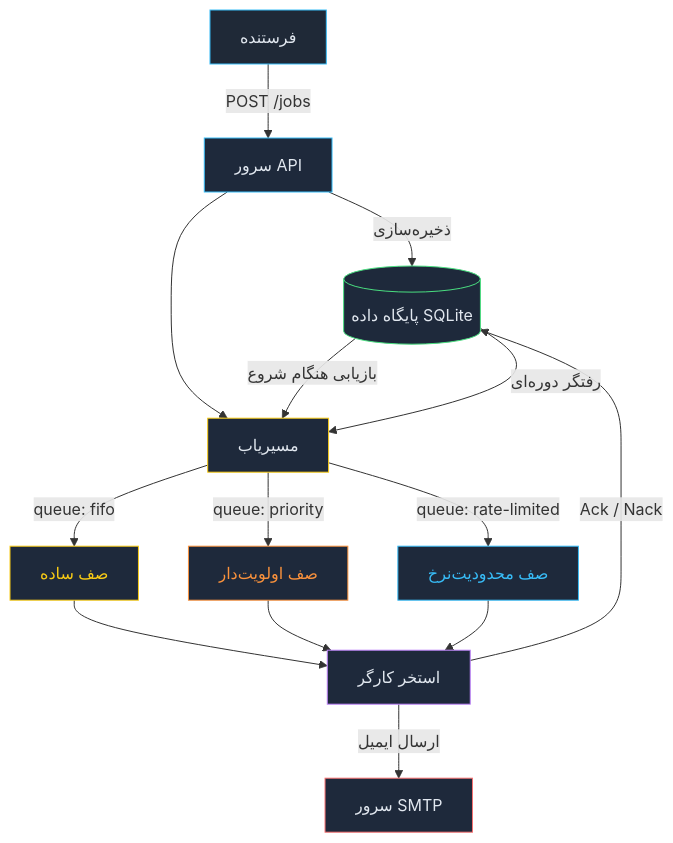
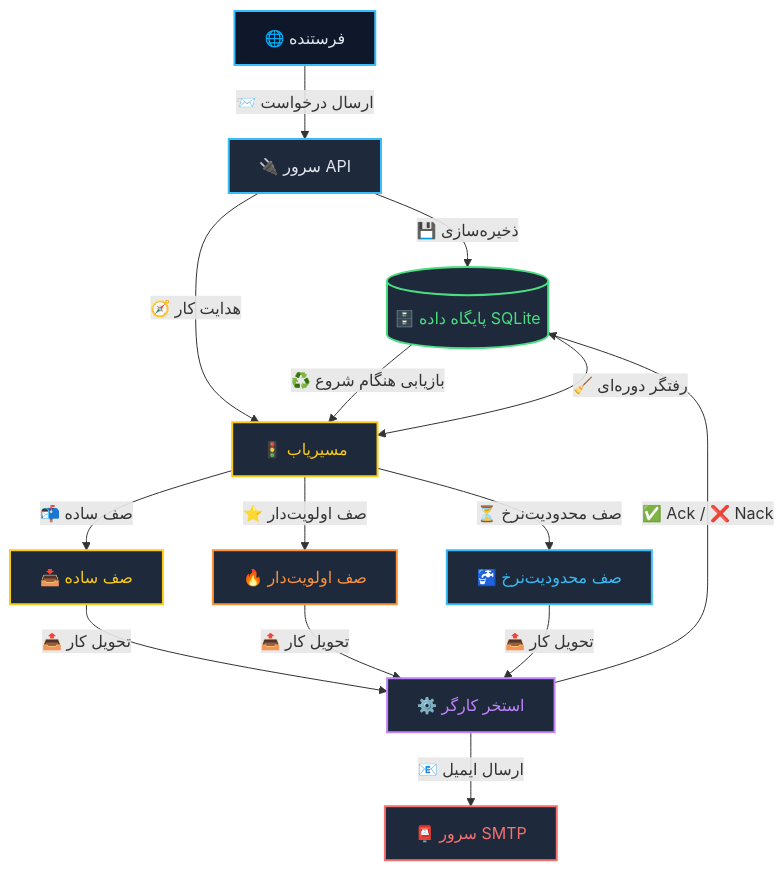
Before and after one commit to Behehap/RJQ: the diagram in DOCS.md, drawn with Mermaid. The commit also changed other lines of this file, not shown here.

````diff
--- a/DOCS.md
+++ b/DOCS.md
@@ -45,30 +30,31 @@
 ```mermaid
 graph TD
-    Client["فرستنده"] -->|POST /jobs| API["سرور API"]
-    API -->|ذخیره‌سازی| DB[("پایگاه داده SQLite")]
-    API --> Router["مسیریاب"]
+    Client["🌐 فرستنده"] -->|"📨 ارسال درخواست"| API["🔌 سرور API"]
 
-    Router -->|"queue: fifo"| FIFO["صف ساده"]
-    Router -->|"queue: priority"| Priority["صف اولویت‌دار"]
-    Router -->|"queue: rate-limited"| RateLimited["صف محدودیت‌نرخ"]
+    API -->|"💾 ذخیره‌سازی"| DB[("🗄️ پایگاه داده SQLite")]
+    API -->|"🧭 هدایت کار"| Router["🚦 مسیریاب"]
 
-    FIFO --> Pool["استخر کارگر"]
-    Priority --> Pool
-    RateLimited --> Pool
+    Router -->|"📬 صف ساده"| FIFO["📥 صف ساده"]
+    Router -->|"⭐ صف اولویت‌دار"| Priority["🔥 صف اولویت‌دار"]
+    Router -->|"⏳ صف محدودیت‌نرخ"| RateLimited["🚰 صف محدودیت‌نرخ"]
 
-    Pool -->|Ack / Nack| DB
-    Pool -->|ارسال ایمیل| SMTP["سرور SMTP"]
+    FIFO -->|"📤 تحویل کار"| Pool["⚙️ استخر کارگر"]
+    Priority -->|"📤 تحویل کار"| Pool
+    RateLimited -->|"📤 تحویل کار"| Pool
 
-    DB -->|بازیابی هنگام شروع| Router
-    DB -->|رفتگر دوره‌ای| Router
+    Pool -->|"✅ Ack / ❌ Nack"| DB
+    Pool -->|"📧 ارسال ایمیل"| SMTP["📮 سرور SMTP"]
 
-    style Client fill:#1f2937,stroke:#38bdf8,color:#e2e8f0
-    style API fill:#1e293b,stroke:#38bdf8,color:#e2e8f0
-    style Router fill:#1e293b,stroke:#facc15,color:#e2e8f0
-    style DB fill:#1e293b,stroke:#4ade80,color:#e2e8f0
-    style FIFO fill:#1e293b,stroke:#facc15,color:#facc15
-    style Priority fill:#1e293b,stroke:#fb923c,color:#fb923c
-    style RateLimited fill:#1e293b,stroke:#38bdf8,color:#38bdf8
-    style Pool fill:#1e293b,stroke:#c084fc,color:#e2e8f0
-    style SMTP fill:#1e293b,stroke:#f87171,color:#e2e8f0
+    DB -->|"♻️ بازیابی هنگام شروع"| Router
+    DB -->|"🧹 رفتگر دوره‌ای"| Router
+
+    style Client fill:#0f172a,stroke:#38bdf8,stroke-width:2px,color:#e2e8f0
+    style API fill:#1e293b,stroke:#38bdf8,stroke-width:2px,color:#e2e8f0
+    style Router fill:#1e293b,stroke:#facc15,stroke-width:2px,color:#facc15
+    style DB fill:#1e293b,stroke:#4ade80,stroke-width:2px,color:#4ade80
+    style FIFO fill:#1e293b,stroke:#facc15,stroke-width:2px,color:#facc15
+    style Priority fill:#1e293b,stroke:#fb923c,stroke-width:2px,color:#fb923c
+    style RateLimited fill:#1e293b,stroke:#38bdf8,stroke-width:2px,color:#38bdf8
+    style Pool fill:#1e293b,stroke:#c084fc,stroke-width:2px,color:#c084fc
+    style SMTP fill:#1e293b,stroke:#f87171,stroke-width:2px,color:#f87171
 ```
````
